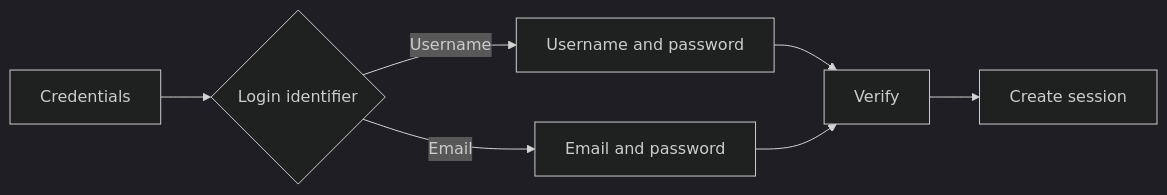
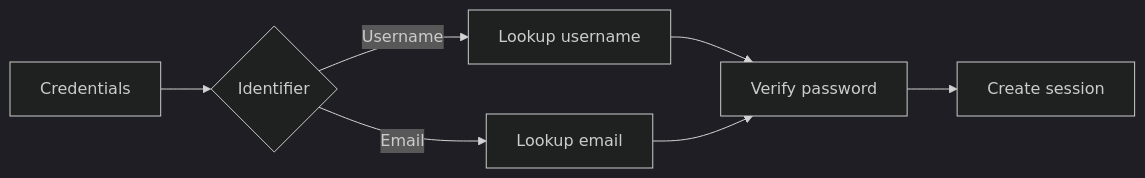
The second of 2 diagrams in canvas/architecture/auth-and-access.md (adityavarmachandika/aham-docs), drawn with Mermaid (dark theme) before and after one commit. The commit also changed other lines of this file and 11 other files, not shown here.

Commit message:
docs: formalize AHAM Phase 1 product and architecture

````diff
--- a/canvas/architecture/auth-and-access.md
+++ b/canvas/architecture/auth-and-access.md
@@ -17,9 +30,9 @@
 ```mermaid
 flowchart LR
-    C[Credentials] --> X{Login identifier}
-    X -->|Username| P[Username and password]
-    X -->|Email| M[Email and password]
-    P --> V[Verify]
-    M --> V
-    V --> S[Create session]
+    C[Credentials] --> I{Identifier}
+    I -->|Username| U[Lookup username]
+    I -->|Email| E[Lookup email]
+    U --> P[Verify password]
+    E --> P
+    P --> S[Create session]
 ```
````
